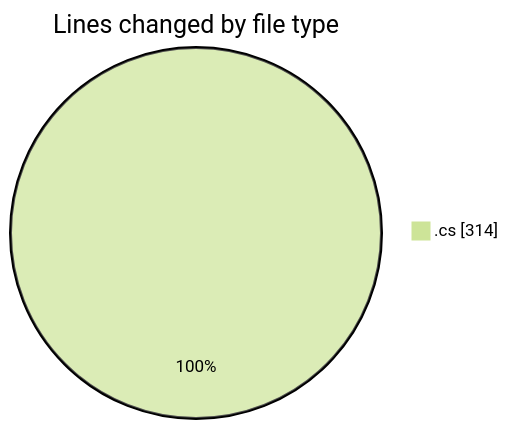
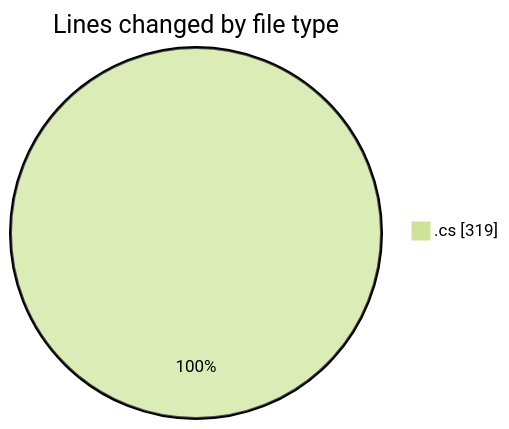
One commit to Netris89/code-tracking changed the first of 2 diagrams in 2025-03-21/back-end/README.md. Above: the diagram before and after it, drawn with Mermaid (forest theme). The commit also changed other lines of this file and 1 other file, not shown here.

````diff
--- a/2025-03-21/back-end/README.md
+++ b/2025-03-21/back-end/README.md
@@ -21,5 +21,5 @@
 ```mermaid
 pie showData
 title Lines changed by file type
-".cs" : 314
+".cs" : 319
 ```
````
